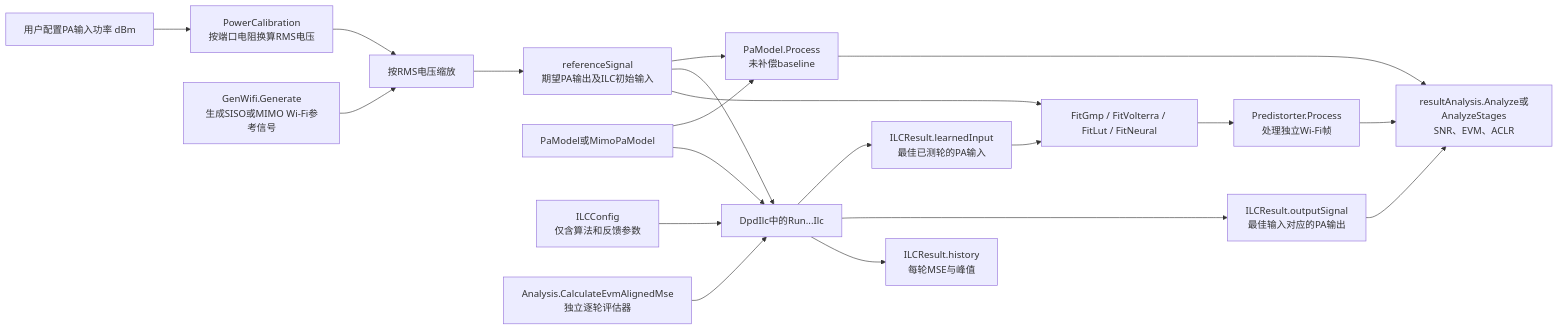
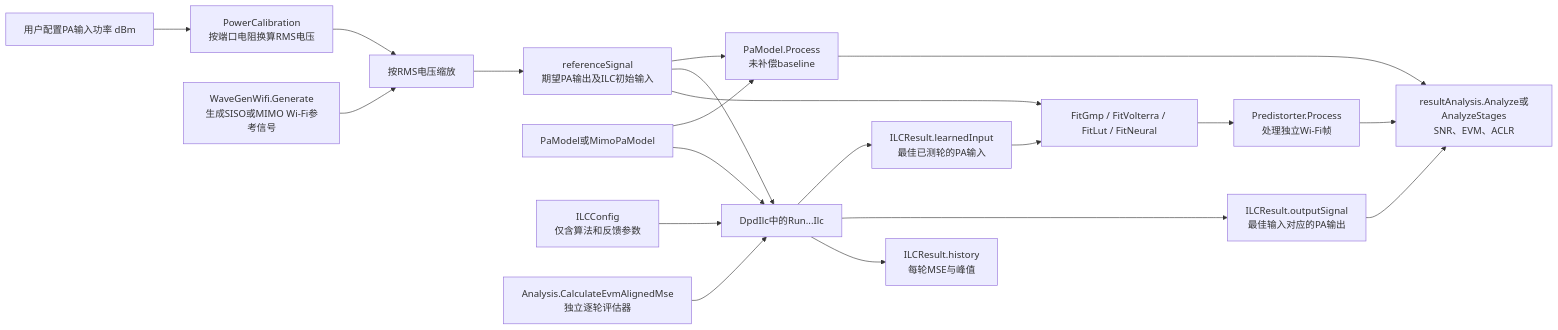
One commit to niyilu45/DPD_ILC changed the first of 2 diagrams in doc/DpdIlc.md. Above: the diagram before and after it, drawn with Mermaid. The commit also changed other lines of this file and 10 other files, not shown here.

````diff
--- a/doc/DpdIlc.md
+++ b/doc/DpdIlc.md
@@ -26,22 +26,22 @@
 ```mermaid
 flowchart LR
     power["用户配置PA输入功率 dBm"] --> calibration["PowerCalibration<br/>按端口电阻换算RMS电压"]
-    wave["GenWifi.Generate<br/>生成SISO或MIMO Wi-Fi参考信号"] --> scale["按RMS电压缩放"]
+    wave["WaveGenWifi.Generate<br/>生成SISO或MIMO Wi-Fi参考信号"] --> scale["按RMS电压缩放"]
     calibration --> scale
     scale --> reference["referenceSignal<br/>期望PA输出及ILC初始输入"]
     reference --> baseline["PaModel.Process<br/>未补偿baseline"]
     reference --> ilc["DpdIlc中的Run...Ilc"]
     pa["PaModel或MimoPaModel"] --> baseline
     pa --> ilc
     config["ILCConfig<br/>仅含算法和反馈参数"] --> ilc
     analysis["Analysis.CalculateEvmAlignedMse<br/>独立逐轮评估器"] --> ilc
     ilc --> learned["ILCResult.learnedInput<br/>最佳已测轮的PA输入"]
     ilc --> output["ILCResult.outputSignal<br/>最佳输入对应的PA输出"]
     ilc --> history["ILCResult.history<br/>每轮MSE与峰值"]
     learned --> fit["FitGmp / FitVolterra / FitLut / FitNeural"]
     reference --> fit
     fit --> deploy["Predistorter.Process<br/>处理独立Wi-Fi帧"]
     baseline --> metrics["resultAnalysis.Analyze或AnalyzeStages<br/>SNR、EVM、ACLR"]
     output --> metrics
     deploy --> metrics
 ```
````
